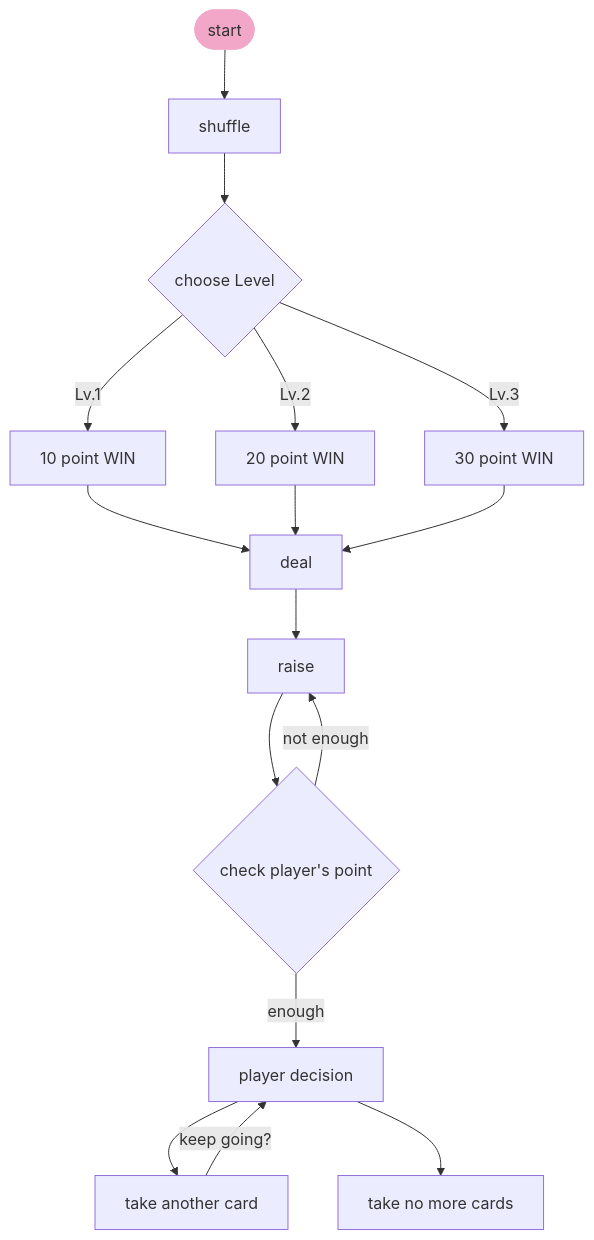
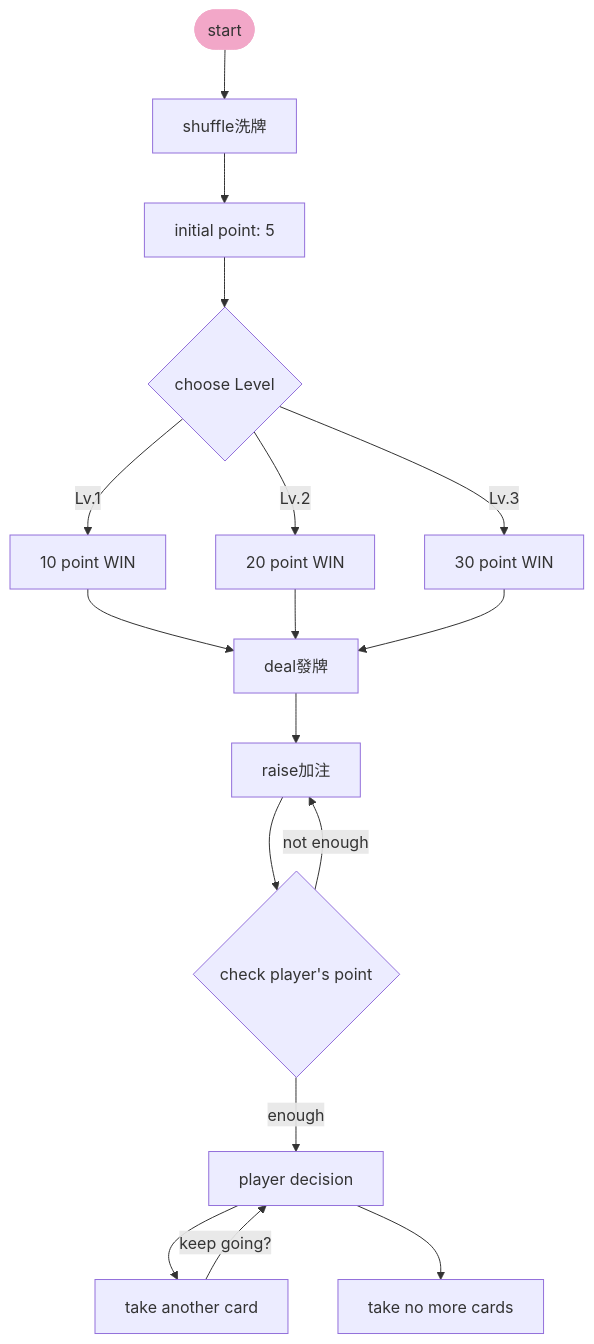
The diagram in README.md (windware1203/Digital_electronics_study), drawn with Mermaid before and after one commit. The commit also changed other lines of this file, not shown here.

````diff
--- a/README.md
+++ b/README.md
@@ -60,24 +62,26 @@
 ```mermaid
-graph TD;
+flowchart TB;
 classDef startClass fill:#f2a7c8;
 classDef startClass stroke:#f2a7c8;
 
-Start([start]):::startClass-->shuffle-->chooseLv{choose Level}
+Start([start]):::startClass-->shuffle洗牌-->initP-->chooseLv{choose Level}
     chooseLv--Lv.1-->one-->deal
     chooseLv--Lv.2-->two-->deal
     chooseLv--Lv.3-->three-->deal
     deal-->raise-->checkPt
     checkPt-- not enough -->raise
     checkPt-- enough -->playerDecision
-    playerDecision-->hit--keep going?-->playerDecision
+    playerDecision-->hit-->|keep going?| playerDecision
     playerDecision-->stand
     
-    deal[deal]
+    initP[initial point: 5]
+    raise[raise加注]
+    deal[deal發牌]
     one[10 point WIN]
     two[20 point WIN]
     three[30 point WIN]
     checkPt{check player's point}
     hit[take another card]
     stand[take no more cards]
     playerDecision[player decision]
 ```
````
